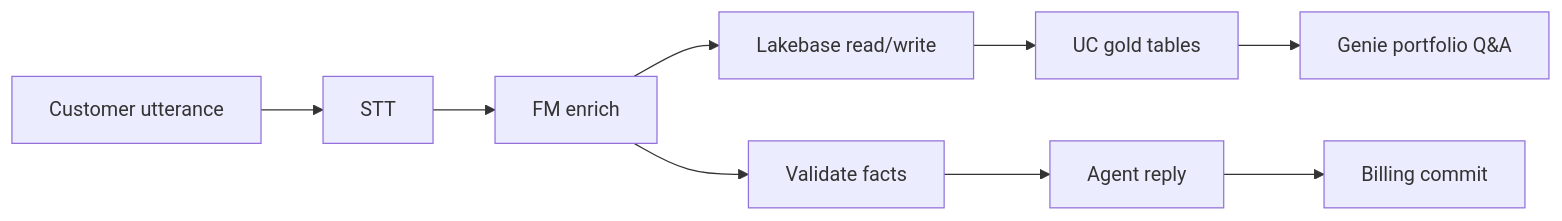
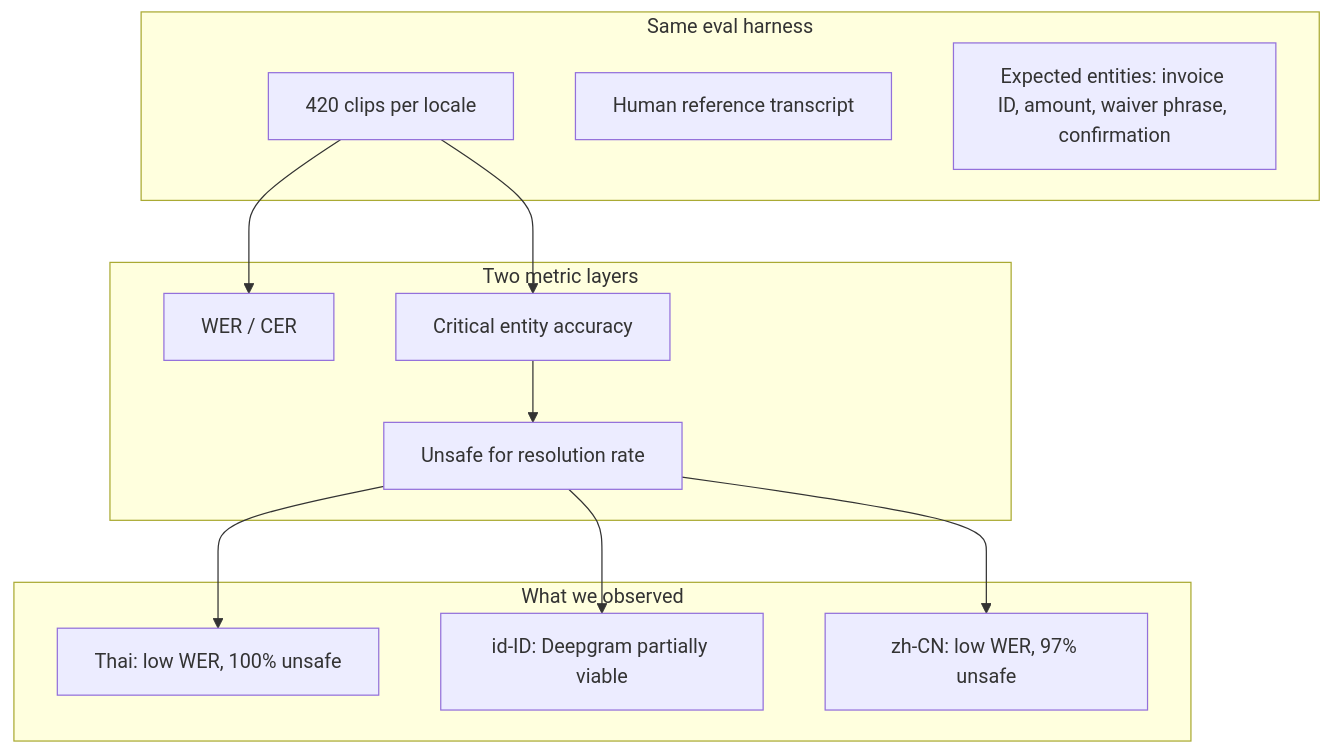
Before and after one commit to suneelsunkara-db/genie-voice-agent: the diagram in docs/blog/assets/genie-for-voice-use-cases/diagram-01.mmd, drawn with Mermaid. The commit also changed 62 other files, not shown here.

```diff
--- a/docs/blog/assets/genie-for-voice-use-cases/diagram-01.mmd
+++ b/docs/blog/assets/genie-for-voice-use-cases/diagram-01.mmd
@@ -1,9 +1,25 @@
-flowchart LR
-    A[Customer utterance] --> B[STT]
-    B --> C[FM enrich]
-    C --> D[Lakebase read/write]
-    C --> E[Validate facts]
-    E --> F[Agent reply]
-    F --> G[Billing commit]
-    D --> H[UC gold tables]
-    H --> I[Genie portfolio Q&A]
+flowchart TB
+    subgraph inputs [Same eval harness]
+        A[420 clips per locale]
+        B[Human reference transcript]
+        C[Expected entities: invoice ID, amount, waiver phrase, confirmation]
+    end
+
+    subgraph metrics [Two metric layers]
+        D[WER / CER]
+        E[Critical entity accuracy]
+        F[Unsafe for resolution rate]
+    end
+
+    subgraph outcomes [What we observed]
+        G[Thai: low WER, 100% unsafe]
+        H[id-ID: Deepgram partially viable]
+        I[zh-CN: low WER, 97% unsafe]
+    end
+
+    A --> D
+    A --> E
+    E --> F
+    F --> G
+    F --> H
+    F --> I
```
